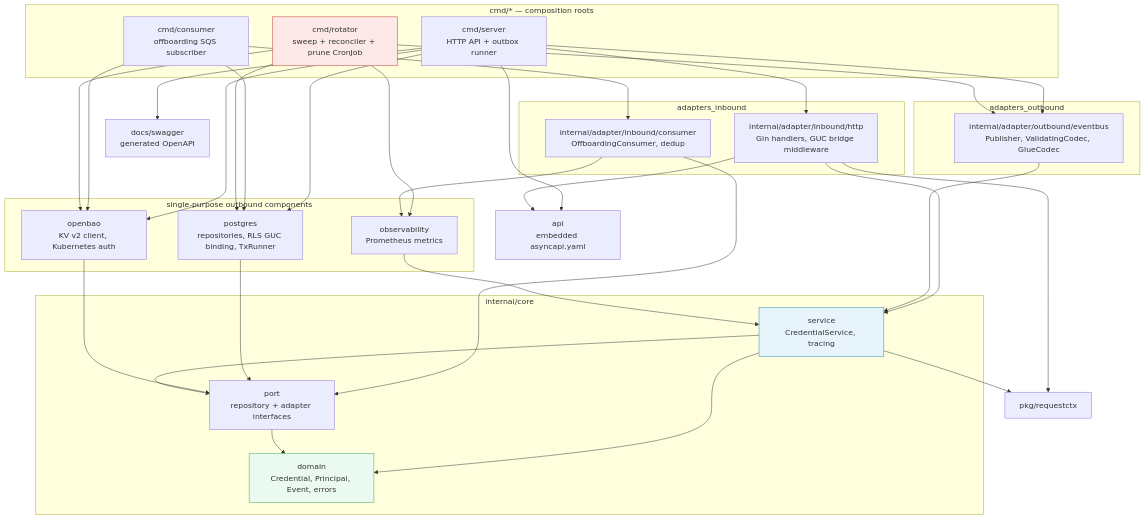
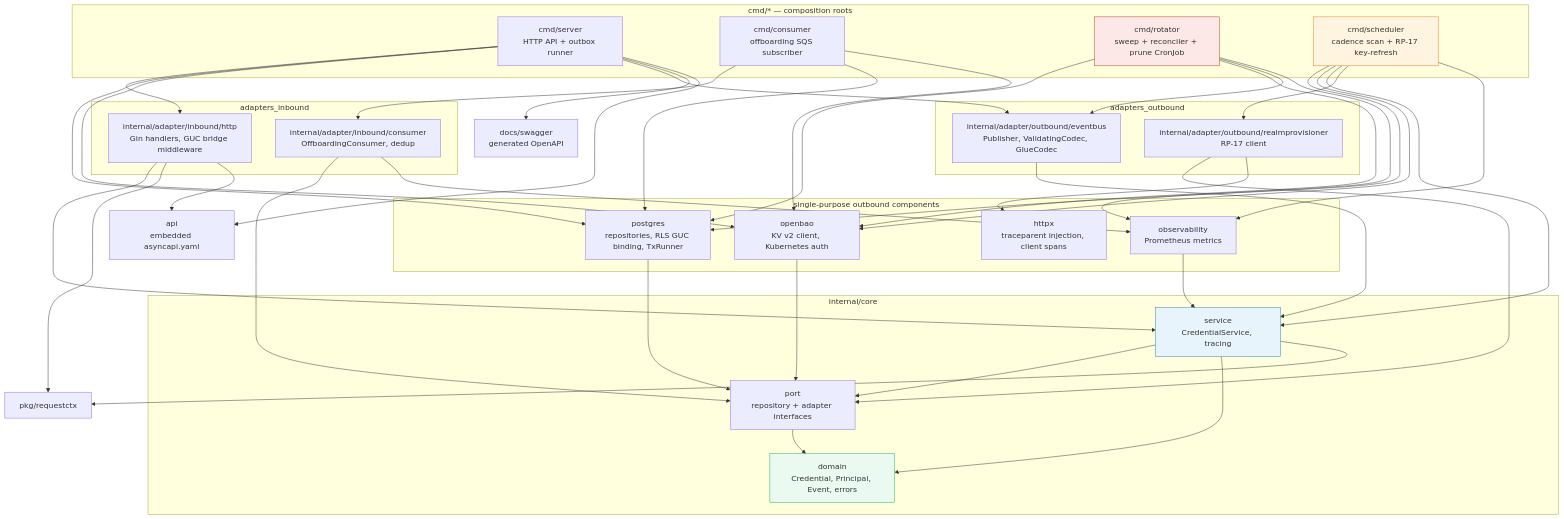
Before and after one commit to BCBP-SOLUTIONS-FZC-LLC/iam-token-service: the diagram in docs/architecture/mermaid/layer-model.mmd, drawn with Mermaid. The commit also changed 94 other files, not shown here.

First line of the commit message:
EXT-6 client-jwt/JWKS auth, cmd/scheduler cadence rotation, TS-5 (IB-2) (#1)

```diff
--- a/docs/architecture/mermaid/layer-model.mmd
+++ b/docs/architecture/mermaid/layer-model.mmd
@@ -1,69 +1,86 @@
 %% Clean Architecture layers per .go-arch-lint.yml. Arrows point inward
 %% (outer layers depend on inner layers, never the reverse). cmd/rotator
 %% (reconciler_jobs) is deliberately barred from depending on service —
 %% it talks to postgres/openbao directly under BYPASSRLS (§4.3/RLS-7).
+%% cmd/scheduler (§16 TSQ-6 Resolved, TS-D14) also connects under
+%% BYPASSRLS for its own cross-tenant due-list scan, but is NOT barred
+%% from service — every rotation it performs goes through
+%% CredentialService.IssueOrRotate, the same call cmd/server's HTTP
+%% handler makes; it lives under the `cmd` component, not
+%% `reconciler_jobs`.
 graph TD
     subgraph cmd["cmd/* — composition roots"]
         SERVER["cmd/server<br/>HTTP API + outbox runner"]
         CONSUMER["cmd/consumer<br/>offboarding SQS subscriber"]
         ROTATOR["cmd/rotator<br/>sweep + reconciler + prune CronJob"]
+        SCHEDULER["cmd/scheduler<br/>cadence scan + RP-17 key-refresh"]
     end
 
     subgraph inbound["adapters_inbound"]
         HTTP["internal/adapter/inbound/http<br/>Gin handlers, GUC bridge middleware"]
         CONS["internal/adapter/inbound/consumer<br/>OffboardingConsumer, dedup"]
     end
 
     subgraph outbound["adapters_outbound"]
         EVENTBUS["internal/adapter/outbound/eventbus<br/>Publisher, ValidatingCodec, GlueCodec"]
+        REALMPROV["internal/adapter/outbound/realmprovisioner<br/>RP-17 client"]
     end
 
     subgraph isolated["single-purpose outbound components"]
         POSTGRES["postgres<br/>repositories, RLS GUC binding, TxRunner"]
         OPENBAO["openbao<br/>KV v2 client, Kubernetes auth"]
+        HTTPX["httpx<br/>traceparent injection, client spans"]
         OBS["observability<br/>Prometheus metrics"]
     end
 
     subgraph core["internal/core"]
         SERVICE["service<br/>CredentialService, tracing"]
         PORT["port<br/>repository + adapter interfaces"]
         DOMAIN["domain<br/>Credential, Principal, Event, errors"]
     end
 
     REQCTX["pkg/requestctx"]
     APISPEC["api<br/>embedded asyncapi.yaml"]
     SWAGGERDOCS["docs/swagger<br/>generated OpenAPI"]
 
     SERVER --> HTTP
     SERVER --> POSTGRES
     SERVER --> OPENBAO
     SERVER --> EVENTBUS
     SERVER --> SWAGGERDOCS
     SERVER --> APISPEC
     CONSUMER --> CONS
     CONSUMER --> POSTGRES
     CONSUMER --> OPENBAO
     ROTATOR --> POSTGRES
     ROTATOR --> OPENBAO
     ROTATOR --> EVENTBUS
     ROTATOR --> OBS
+    SCHEDULER --> POSTGRES
+    SCHEDULER --> OPENBAO
+    SCHEDULER --> SERVICE
+    SCHEDULER --> REALMPROV
+    SCHEDULER --> OBS
 
     HTTP --> SERVICE
     CONS --> PORT
     CONS --> OBS
     EVENTBUS --> SERVICE
+    REALMPROV --> PORT
+    REALMPROV --> HTTPX
     POSTGRES --> PORT
     OPENBAO --> PORT
     OBS --> SERVICE
 
     SERVICE --> PORT
     SERVICE --> DOMAIN
     SERVICE --> REQCTX
     PORT --> DOMAIN
 
     HTTP --> REQCTX
     HTTP --> APISPEC
 
     style ROTATOR fill:#fce8e6,stroke:#c0392b
+    style SCHEDULER fill:#fff4e0,stroke:#e67e22
     style SERVICE fill:#e8f4fc,stroke:#2980b9
     style DOMAIN fill:#eafaf1,stroke:#27ae60
```
